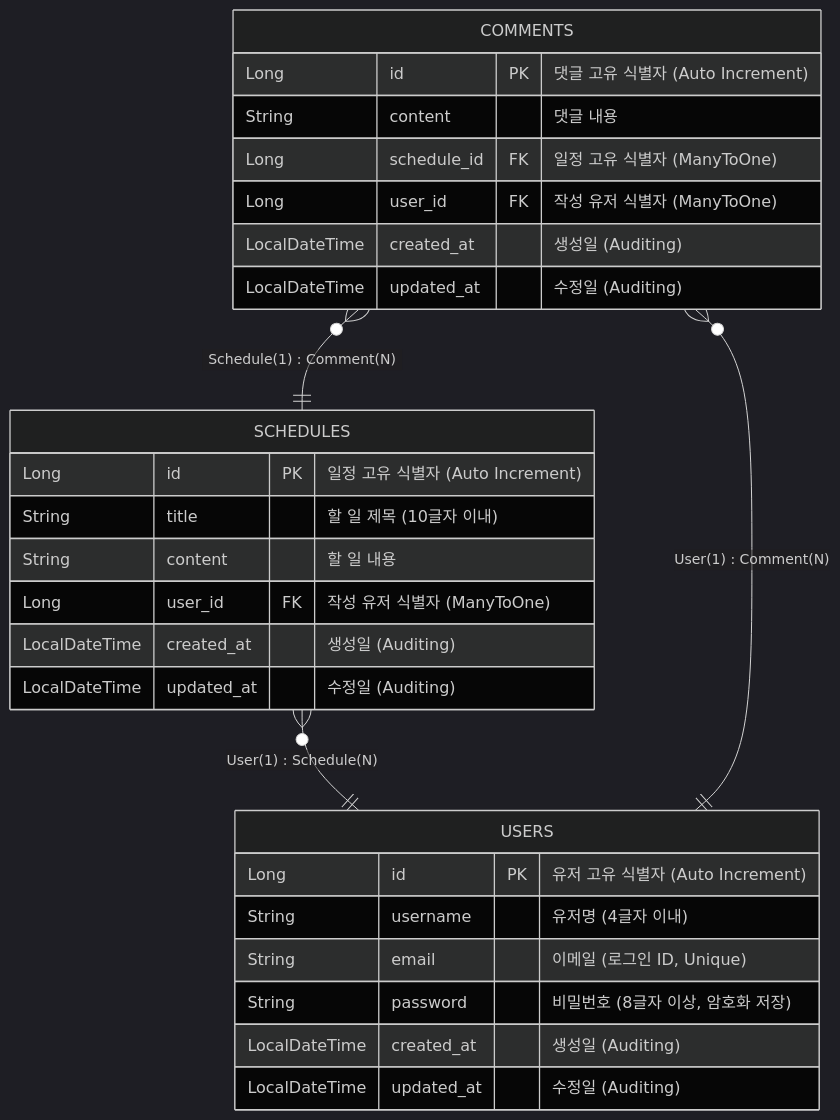
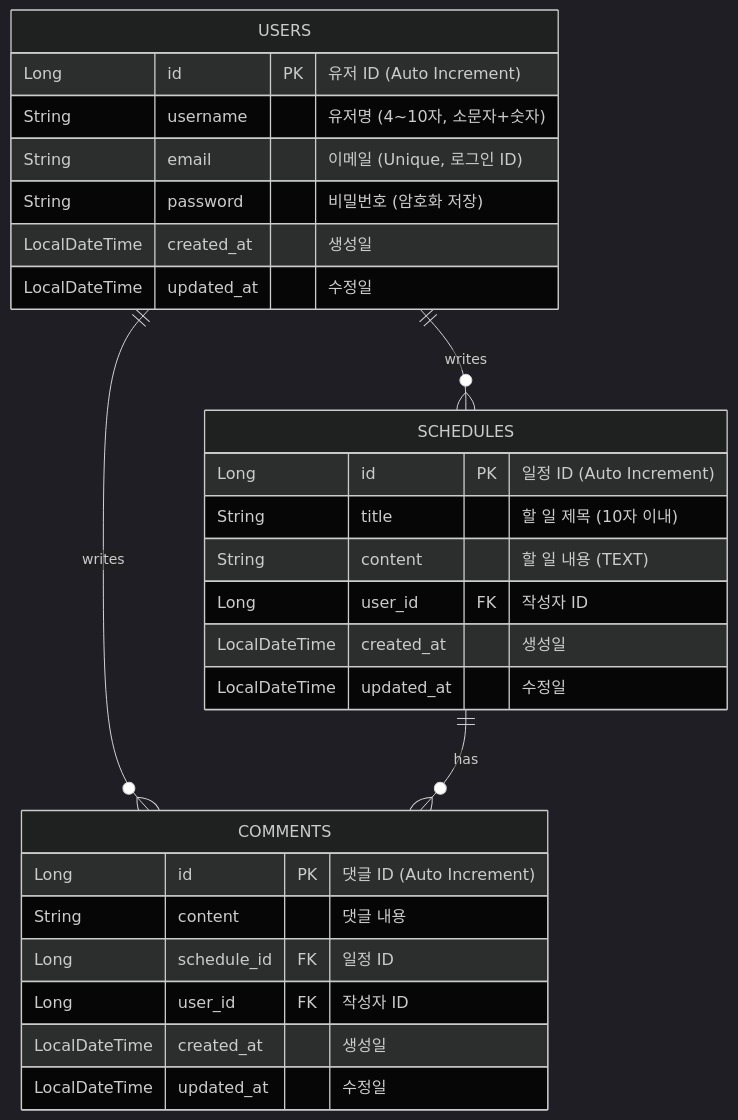
Before and after one commit to dallas9115-afk/schdule-management-advanced: the diagram in src/README.md, drawn with Mermaid (dark theme). The commit also changed other lines of this file, not shown here.

Commit message:
"docs: README.md 업데이트 (Mermaid ERD 및 상세 기술 명세 수정)"

````diff
--- a/src/README.md
+++ b/src/README.md
@@ -23,34 +30,35 @@
 ```mermaid
 erDiagram
     USERS {
-        Long id PK "유저 고유 식별자 (Auto Increment)"
-        String username "유저명 (4글자 이내)"
-        String email "이메일 (로그인 ID, Unique)"
-        String password "비밀번호 (8글자 이상, 암호화 저장)"
-        LocalDateTime created_at "생성일 (Auditing)"
-        LocalDateTime updated_at "수정일 (Auditing)"
+        Long id PK "유저 ID (Auto Increment)"
+        String username "유저명 (4~10자, 소문자+숫자)"
+        String email "이메일 (Unique, 로그인 ID)"
+        String password "비밀번호 (암호화 저장)"
+        LocalDateTime created_at "생성일"
+        LocalDateTime updated_at "수정일"
     }
 
     SCHEDULES {
-        Long id PK "일정 고유 식별자 (Auto Increment)"
-        String title "할 일 제목 (10글자 이내)"
-        String content "할 일 내용"
-        Long user_id FK "작성 유저 식별자 (ManyToOne)"
-        LocalDateTime created_at "생성일 (Auditing)"
-        LocalDateTime updated_at "수정일 (Auditing)"
+        Long id PK "일정 ID (Auto Increment)"
+        String title "할 일 제목 (10자 이내)"
+        String content "할 일 내용 (TEXT)"
+        Long user_id FK "작성자 ID"
+        LocalDateTime created_at "생성일"
+        LocalDateTime updated_at "수정일"
     }
 
     COMMENTS {
-        Long id PK "댓글 고유 식별자 (Auto Increment)"
+        Long id PK "댓글 ID (Auto Increment)"
         String content "댓글 내용"
-        Long schedule_id FK "일정 고유 식별자 (ManyToOne)"
-        Long user_id FK "작성 유저 식별자 (ManyToOne)"
-        LocalDateTime created_at "생성일 (Auditing)"
-        LocalDateTime updated_at "수정일 (Auditing)"
+        Long schedule_id FK "일정 ID"
+        Long user_id FK "작성자 ID"
+        LocalDateTime created_at "생성일"
+        LocalDateTime updated_at "수정일"
     }
 
-    %% 관계 설정 (자식이 부모의 PK를 FK로 소유)
-    SCHEDULES }o--|| USERS : "User(1) : Schedule(N)"
-    COMMENTS }o--|| SCHEDULES : "Schedule(1) : Comment(N)"
-    COMMENTS }o--|| USERS : "User(1) : Comment(N)"
+    %% 관계 설정 (One-To-Many)
+    USERS ||--o{ SCHEDULES : writes
+    USERS ||--o{ COMMENTS : writes
+    SCHEDULES ||--o{ COMMENTS : has
+
 ```
````
